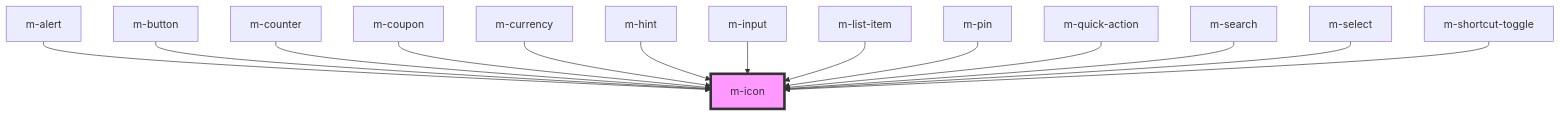
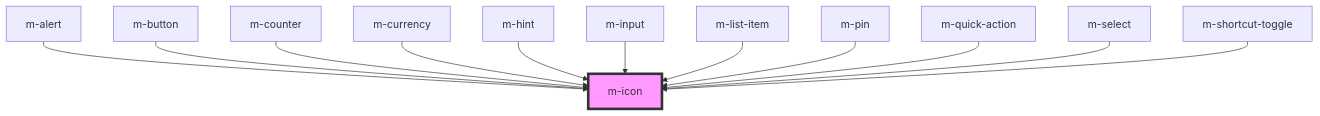
The diagram in libraries/modyo-design-system/src/components/m-icon/readme.md (dynamic-framework/dynamic-ui), drawn with Mermaid before and after one commit. The commit also changed other lines of this file and 43 other files, not shown here.

````diff
--- a/libraries/modyo-design-system/src/components/m-icon/readme.md
+++ b/libraries/modyo-design-system/src/components/m-icon/readme.md
@@ -44,17 +42,15 @@
 ```mermaid
 graph TD;
   m-alert --> m-icon
   m-button --> m-icon
   m-counter --> m-icon
-  m-coupon --> m-icon
   m-currency --> m-icon
   m-hint --> m-icon
   m-input --> m-icon
   m-list-item --> m-icon
   m-pin --> m-icon
   m-quick-action --> m-icon
-  m-search --> m-icon
   m-select --> m-icon
   m-shortcut-toggle --> m-icon
   style m-icon fill:#f9f,stroke:#333,stroke-width:4px
 ```
````
